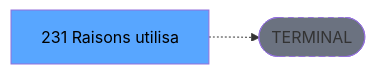
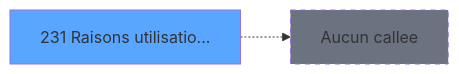
Before and after one commit to thonyAGP/magic-migration: the third of 3 diagrams in .openspec/specs/ADH-IDE-231.md, drawn with Mermaid. The commit also changed other lines of this file and 493 other files, not shown here.

````diff
--- a/.openspec/specs/ADH-IDE-231.md
+++ b/.openspec/specs/ADH-IDE-231.md
@@ -138,8 +234,8 @@
 ```mermaid
 graph LR
-    T[231 Raisons utilisa]
-    TERM([TERMINAL])
-    T -.-> TERM
-    style TERM fill:#6b7280,stroke-dasharray: 5 5
-    style T fill:#58a6ff,color:#000
+    T231[231 Raisons utilisatio...]
+    style T231 fill:#58a6ff
+    NONE[Aucun callee]
+    T231 -.-> NONE
+    style NONE fill:#6b7280,stroke-dasharray: 5 5
 ```
````
